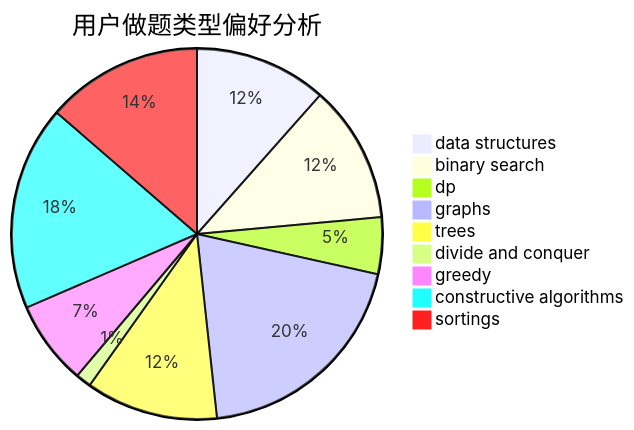
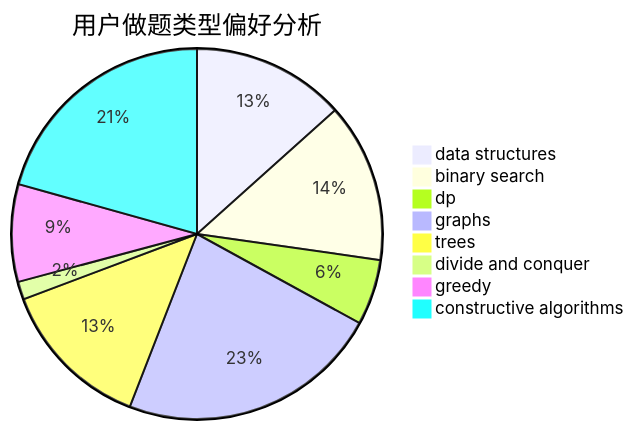
The second of 3 diagrams in docs/user/u1645.md (sherpahu/cfrs.github.io), drawn with Mermaid before and after one commit. The commit also changed other lines of this file and 2769 other files, not shown here.

````diff
--- a/docs/user/u1645.md
+++ b/docs/user/u1645.md
@@ -18,12 +18,11 @@
 ```mermaid
 pie title 用户做题类型偏好分析
     "data structures" :  77
     "binary search" :  80
     "dp" :  33
     "graphs" :  132
     "trees" :  77
     "divide and conquer" :  9
     "greedy" :  49
     "constructive algorithms" :  119
-    "sortings" :  91
 ```
````
